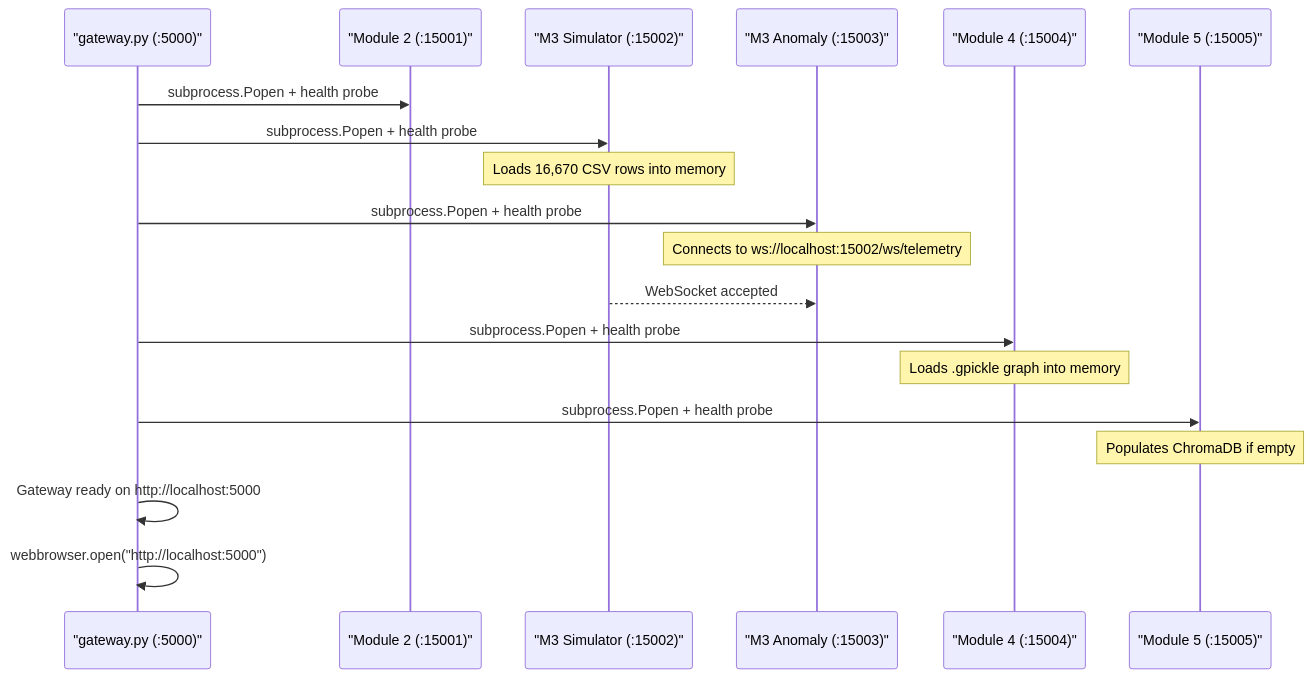
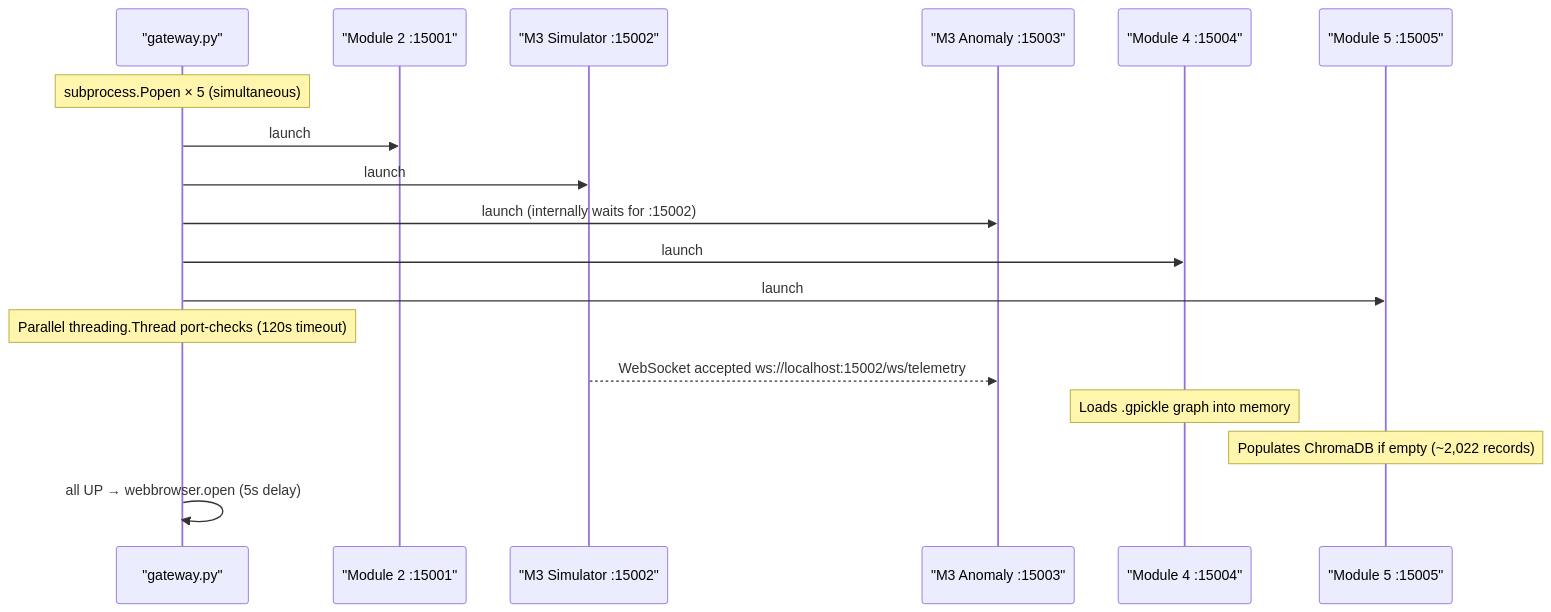
Diagram 16 of 16 in ARCHITECTURE.md (n3ssdub3y/SIH_2026_PLANNS), drawn with Mermaid before and after one commit. The commit also changed other lines of this file and 3 other files, not shown here.

Commit message:
update architecture, a unified project research doc and an antigravity arch update rule

````diff
--- a/ARCHITECTURE.md
+++ b/ARCHITECTURE.md
@@ -879,22 +969,21 @@
 ```mermaid
 sequenceDiagram
-    participant GW as "gateway.py (:5000)"
-    participant M2 as "Module 2 (:15001)"
-    participant SIM as "M3 Simulator (:15002)"
-    participant ANO as "M3 Anomaly (:15003)"
-    participant M4 as "Module 4 (:15004)"
-    participant M5 as "Module 5 (:15005)"
+    participant ORC as "gateway.py"
+    participant M2 as "Module 2 :15001"
+    participant SIM as "M3 Simulator :15002"
+    participant ANO as "M3 Anomaly :15003"
+    participant M4 as "Module 4 :15004"
+    participant M5 as "Module 5 :15005"
 
-    GW->>M2: subprocess.Popen + health probe
-    GW->>SIM: subprocess.Popen + health probe
-    Note over SIM: Loads 16,670 CSV rows into memory
-    GW->>ANO: subprocess.Popen + health probe
-    Note over ANO: Connects to ws://localhost:15002/ws/telemetry
-    SIM-->>ANO: WebSocket accepted
-    GW->>M4: subprocess.Popen + health probe
+    Note over ORC: subprocess.Popen × 5 (simultaneous)
+    ORC->>M2: launch
+    ORC->>SIM: launch
+    ORC->>ANO: launch (internally waits for :15002)
+    ORC->>M4: launch
+    ORC->>M5: launch
+    Note over ORC: Parallel threading.Thread port-checks (120s timeout)
+    SIM-->>ANO: WebSocket accepted ws://localhost:15002/ws/telemetry
     Note over M4: Loads .gpickle graph into memory
-    GW->>M5: subprocess.Popen + health probe
-    Note over M5: Populates ChromaDB if empty
-    GW->>GW: Gateway ready on http://localhost:5000
-    GW->>GW: webbrowser.open("http://localhost:5000")
+    Note over M5: Populates ChromaDB if empty (~2,022 records)
+    ORC->>ORC: all UP → webbrowser.open (5s delay)
 ```
````
